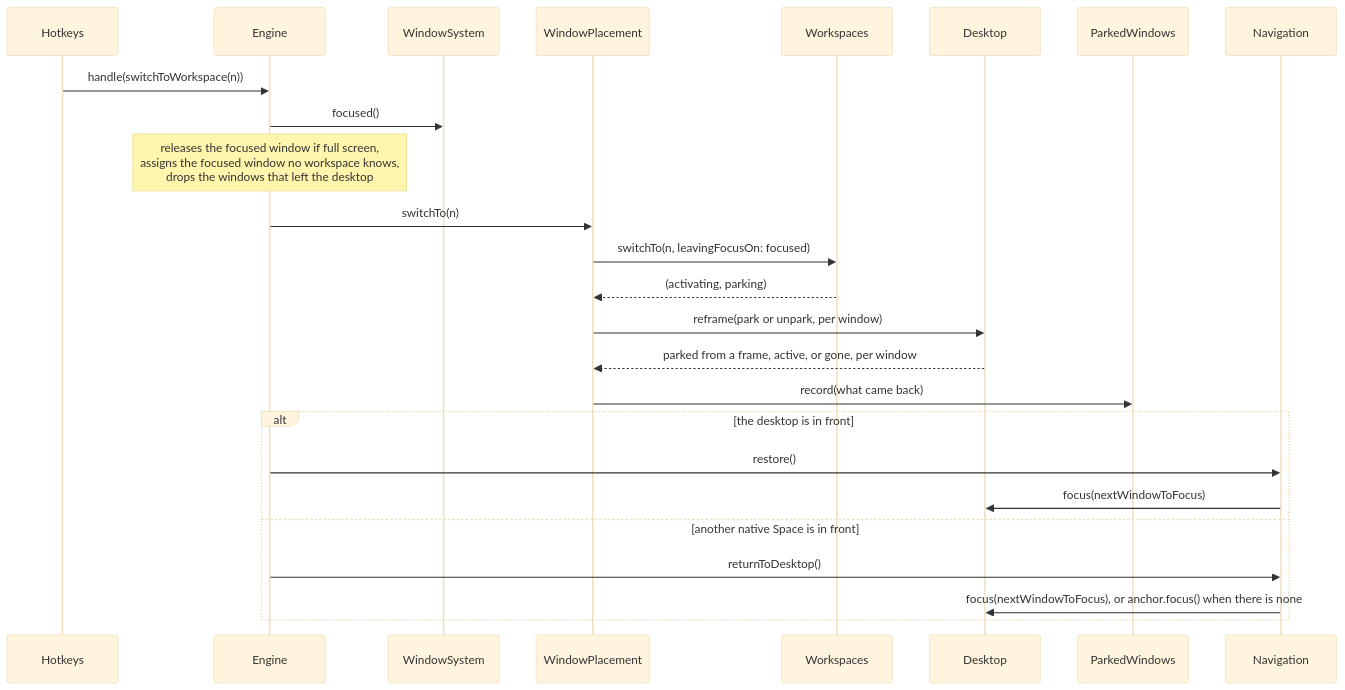
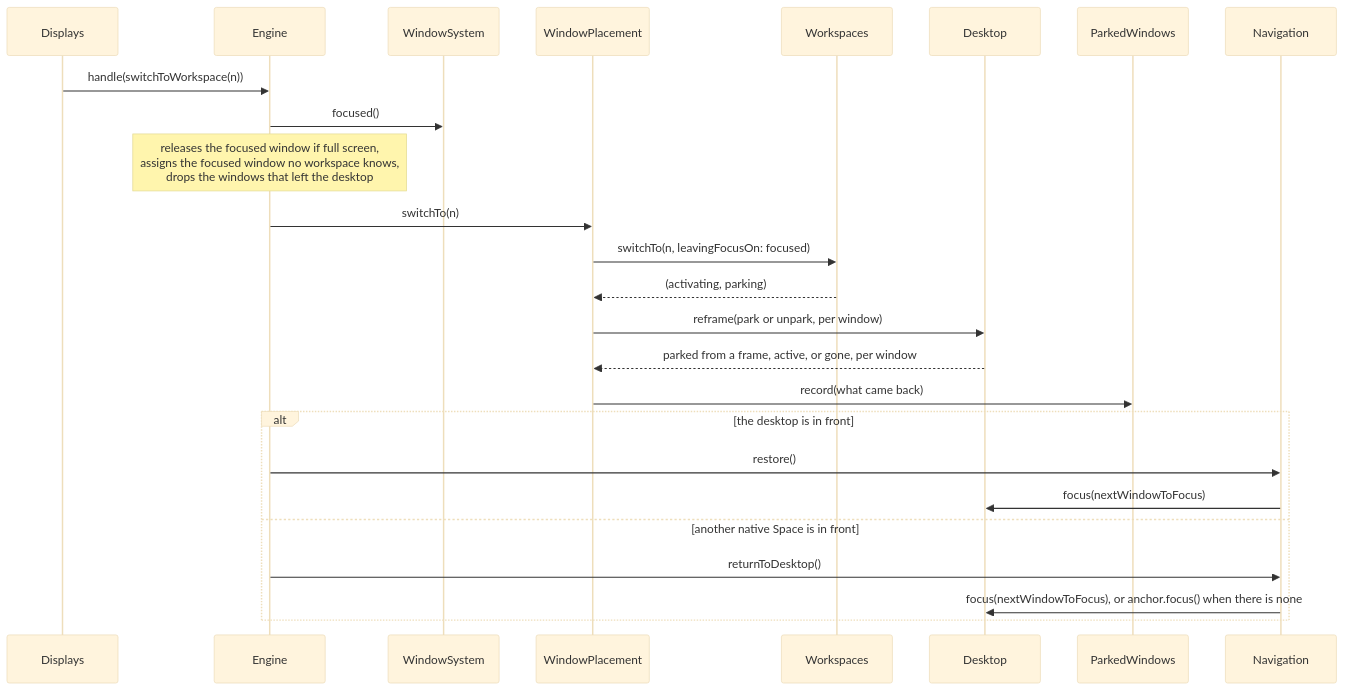
Before and after one commit to brennovich/ottowm: diagram 12 of 26 in ARCHITECTURE.md, drawn with Mermaid (base theme). The commit also changed other lines of this file and 1 other file, not shown here.

First line of the commit message:
Document one engine and one Pager per display

````diff
--- a/ARCHITECTURE.md
+++ b/ARCHITECTURE.md
@@ -268,19 +327,19 @@
 ```mermaid
 sequenceDiagram
-    Hotkeys->>Engine: handle(switchToWorkspace(n))
+    Displays->>Engine: handle(switchToWorkspace(n))
     Engine->>WindowSystem: focused()
     Note over Engine: releases the focused window if full screen,<br/>assigns the focused window no workspace knows,<br/>drops the windows that left the desktop
     Engine->>WindowPlacement: switchTo(n)
     WindowPlacement->>Workspaces: switchTo(n, leavingFocusOn: focused)
     Workspaces-->>WindowPlacement: (activating, parking)
     WindowPlacement->>Desktop: reframe(park or unpark, per window)
     Desktop-->>WindowPlacement: parked from a frame, active, or gone, per window
     WindowPlacement->>ParkedWindows: record(what came back)
     alt the desktop is in front
         Engine->>Navigation: restore()
         Navigation->>Desktop: focus(nextWindowToFocus)
     else another native Space is in front
         Engine->>Navigation: returnToDesktop()
         Navigation->>Desktop: focus(nextWindowToFocus), or anchor.focus() when there is none
     end
 ```
````
